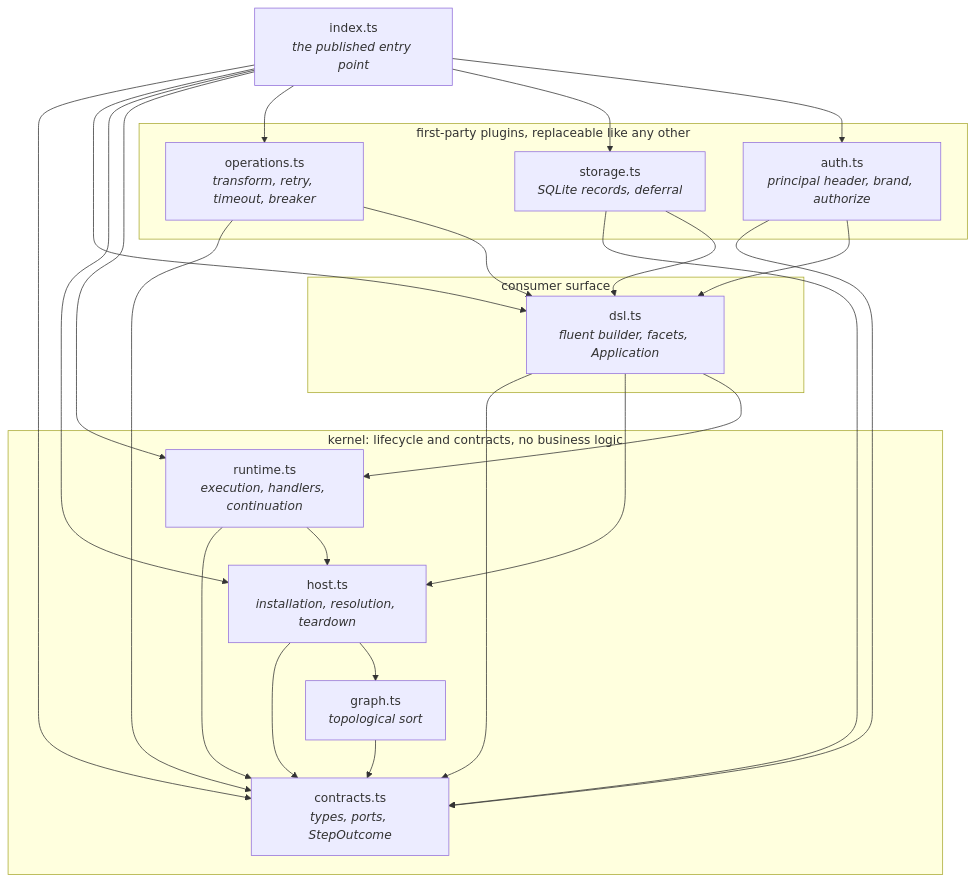
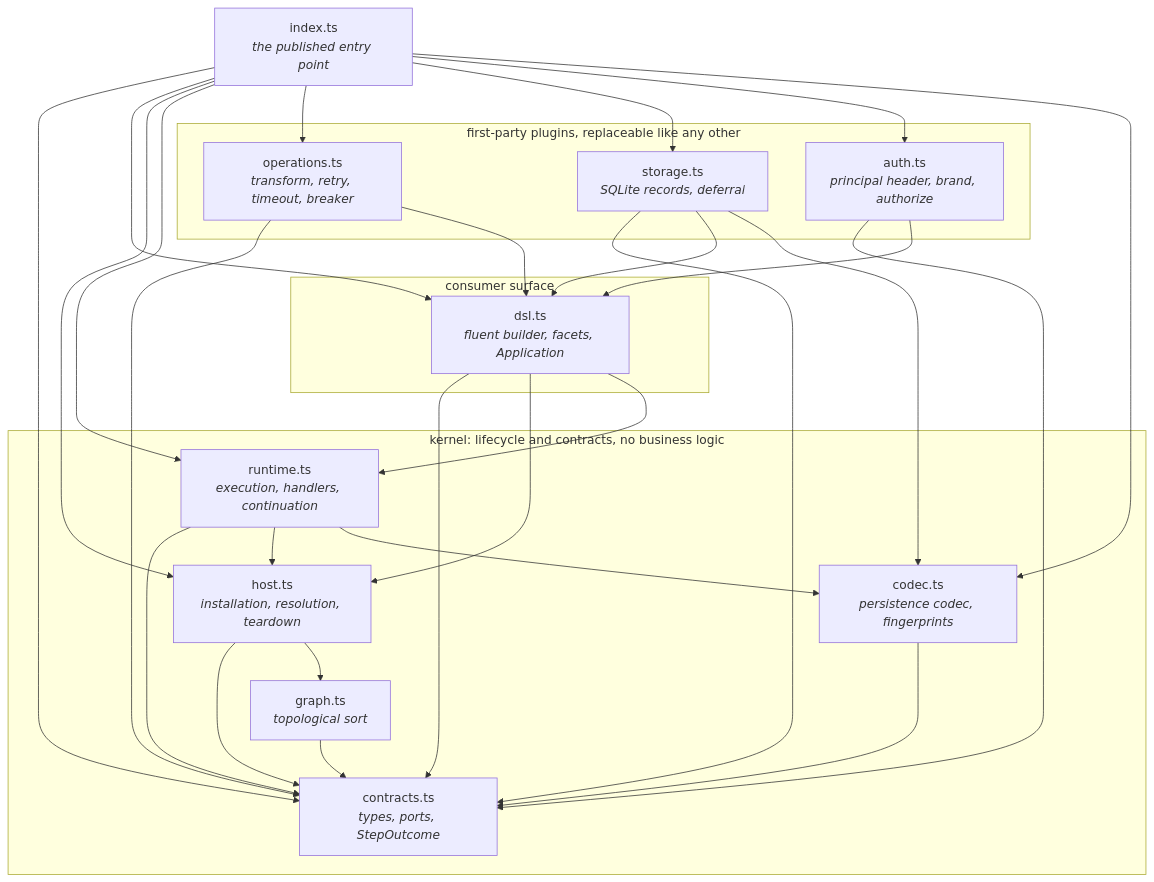
Before and after one commit to routecraftjs/routecraft: the first of 6 diagrams in spikes/plugin-architecture/DIAGRAMS-MECHANISM.md, drawn with Mermaid. The commit also changed other lines of this file and 21 other files, not shown here.

First line of the commit message:
fix(spike): close Astra's five exit criteria for the plugin architecture

````diff
--- a/spikes/plugin-architecture/DIAGRAMS-MECHANISM.md
+++ b/spikes/plugin-architecture/DIAGRAMS-MECHANISM.md
@@ -23,41 +23,46 @@
 ```mermaid
 %% module-graph
 graph TD
     subgraph kernel["kernel: lifecycle and contracts, no business logic"]
         contracts["contracts.ts<br/><i>types, ports, StepOutcome</i>"]
         graph_["graph.ts<br/><i>topological sort</i>"]
         host["host.ts<br/><i>installation, resolution, teardown</i>"]
         runtime["runtime.ts<br/><i>execution, handlers, continuation</i>"]
+        codec["codec.ts<br/><i>persistence codec, fingerprints</i>"]
     end
     subgraph surface["consumer surface"]
         dsl["dsl.ts<br/><i>fluent builder, facets, Application</i>"]
     end
     subgraph plugins["first-party plugins, replaceable like any other"]
         operations["operations.ts<br/><i>transform, retry, timeout, breaker</i>"]
         storage["storage.ts<br/><i>SQLite records, deferral</i>"]
         auth["auth.ts<br/><i>principal header, brand, authorize</i>"]
     end
     index["index.ts<br/><i>the published entry point</i>"]
 
     graph_ --> contracts
     host --> contracts
     host --> graph_
     runtime --> contracts
     runtime --> host
+    runtime --> codec
+    codec --> contracts
     dsl --> contracts
     dsl --> host
     dsl --> runtime
     operations --> contracts
     operations --> dsl
     storage --> contracts
     storage --> dsl
+    storage --> codec
     auth --> contracts
     auth --> dsl
     index --> contracts
     index --> dsl
     index --> host
     index --> runtime
     index --> operations
     index --> storage
     index --> auth
+    index --> codec
 ```
````
